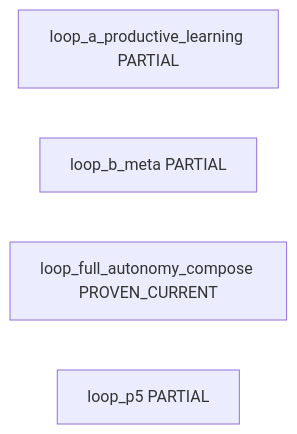
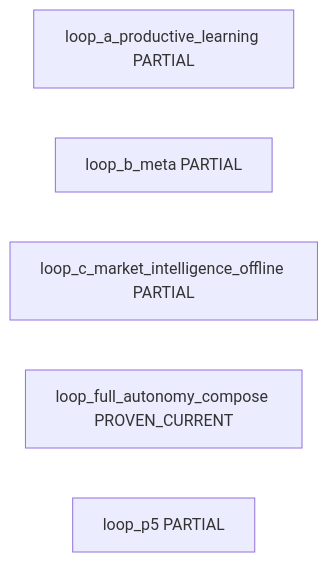
Before and after one commit to rauterfrank-ui/Peak_Trade: the diagram in docs/governance/current_system_interaction_authority_map_v1/generated/loop_backflow_v1.md, drawn with Mermaid. The commit also changed other lines of this file and 18 other files, not shown here.

````diff
--- a/docs/governance/current_system_interaction_authority_map_v1/generated/loop_backflow_v1.md
+++ b/docs/governance/current_system_interaction_authority_map_v1/generated/loop_backflow_v1.md
@@ -7,7 +7,8 @@
 ```mermaid
 flowchart LR
   loop_a_productive_learning["loop_a_productive_learning PARTIAL"]
   loop_b_meta["loop_b_meta PARTIAL"]
+  loop_c_market_intelligence_offline["loop_c_market_intelligence_offline PARTIAL"]
   loop_full_autonomy_compose["loop_full_autonomy_compose PROVEN_CURRENT"]
   loop_p5["loop_p5 PARTIAL"]
 ```
````
